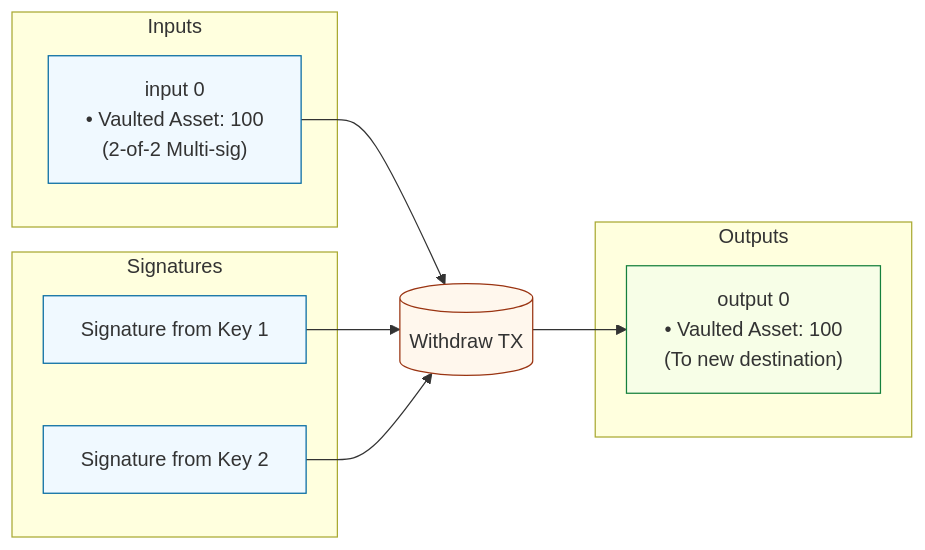
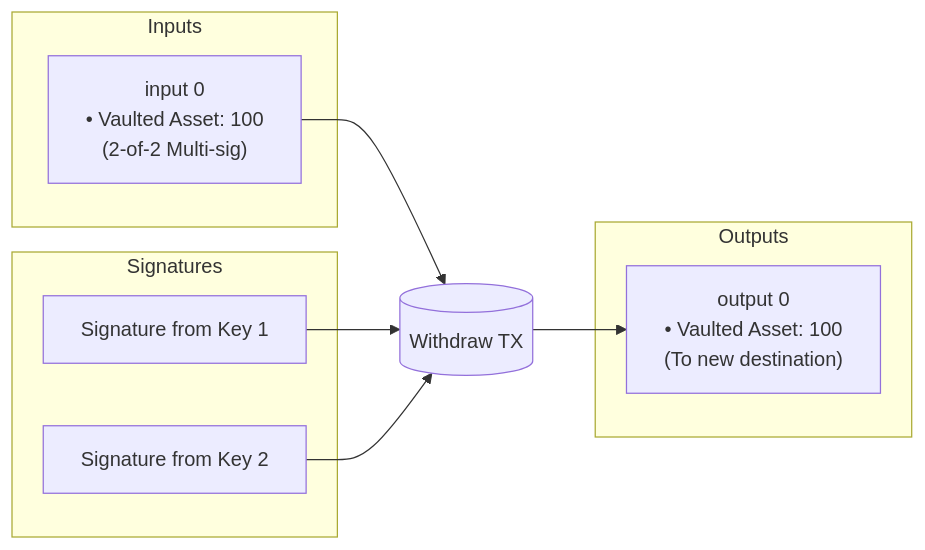
Diagram 12 of 13 in Arkade-Assets-Documentation.md (ArkLabsHQ/arkade-assets), drawn with Mermaid before and after one commit. The commit also changed other lines of this file and 1 other file, not shown here.

````diff
--- a/Arkade-Assets-Documentation.md
+++ b/Arkade-Assets-Documentation.md
@@ -1205,30 +1145,23 @@
 ```mermaid
 flowchart LR
   TX[(Withdraw TX)]
 
   subgraph Inputs
     i0["input 0<br/>• Vaulted Asset: 100<br/>(2-of-2 Multi-sig)"]
   end
 
   subgraph Signatures
     sig1["Signature from Key 1"]
     sig2["Signature from Key 2"]
   end
 
   subgraph Outputs
     o0["output 0<br/>• Vaulted Asset: 100<br/>(To new destination)"]
   end
 
   i0 --> TX
   sig1 --> TX
   sig2 --> TX
   TX --> o0
 
-  classDef in fill:#f0f9ff,stroke:#0369a1,stroke-width:1px;
-  classDef out fill:#f7fee7,stroke:#15803d,stroke-width:1px;
-  classDef tx fill:#fff7ed,stroke:#9a3412,stroke-width:1px;
-  class i0 in;
-  class o0 out;
-  class sig1,sig2 in;
-  class TX tx;
 ```
````
